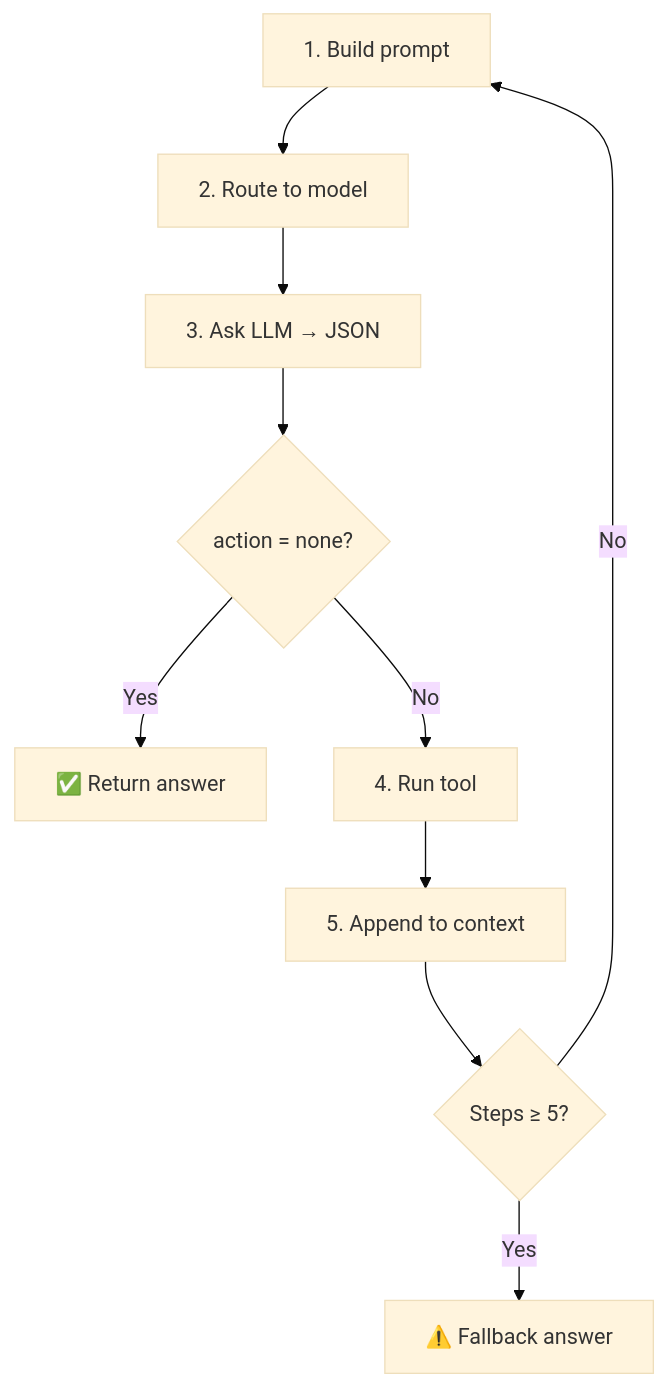
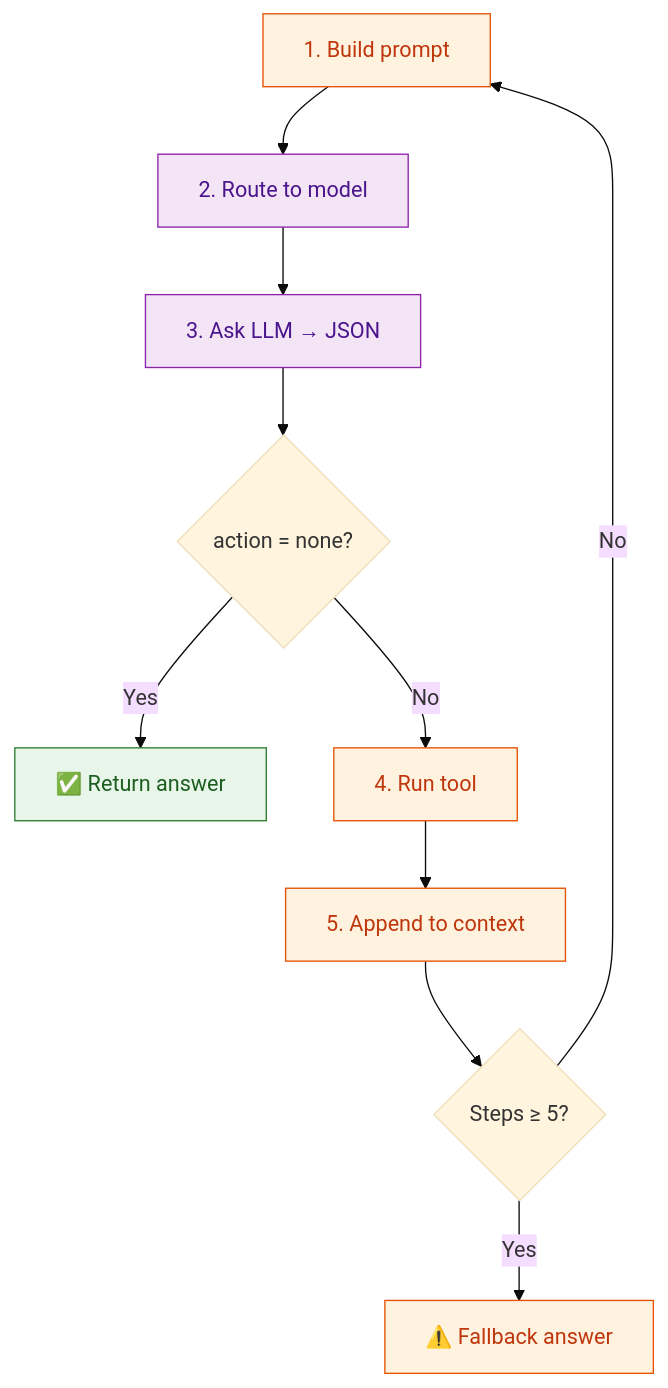
One commit to Guebbit/AI-coding-assistant changed the fourth of 4 diagrams in docs/packages/agent.md. Above: the diagram before and after it, drawn with Mermaid (base theme). The commit also changed other lines of this file and 54 other files, not shown here.

First line of the commit message:
docs: add mermaid diagrams to quickstart & ollama-notes, color-code all flowcharts

````diff
--- a/docs/packages/agent.md
+++ b/docs/packages/agent.md
@@ -137,12 +154,19 @@
 ```mermaid
 flowchart TD
     Build["1. Build prompt"] --> Route["2. Route to model"]
     Route --> Ask["3. Ask LLM → JSON"]
     Ask --> Check{action = none?}
     Check -->|Yes| Done["✅ Return answer"]
     Check -->|No| Tool["4. Run tool"]
     Tool --> Append["5. Append to context"]
     Append --> Max{Steps ≥ 5?}
     Max -->|Yes| Fallback["⚠️ Fallback answer"]
     Max -->|No| Build
+    style Build fill:#fff3e0,stroke:#e65100,color:#bf360c
+    style Route fill:#f3e5f5,stroke:#8e24aa,color:#4a148c
+    style Ask fill:#f3e5f5,stroke:#8e24aa,color:#4a148c
+    style Done fill:#e8f5e9,stroke:#2e7d32,color:#1b5e20
+    style Tool fill:#fff3e0,stroke:#e65100,color:#bf360c
+    style Append fill:#fff3e0,stroke:#e65100,color:#bf360c
+    style Fallback fill:#fff3e0,stroke:#e65100,color:#bf360c
 ```
````
